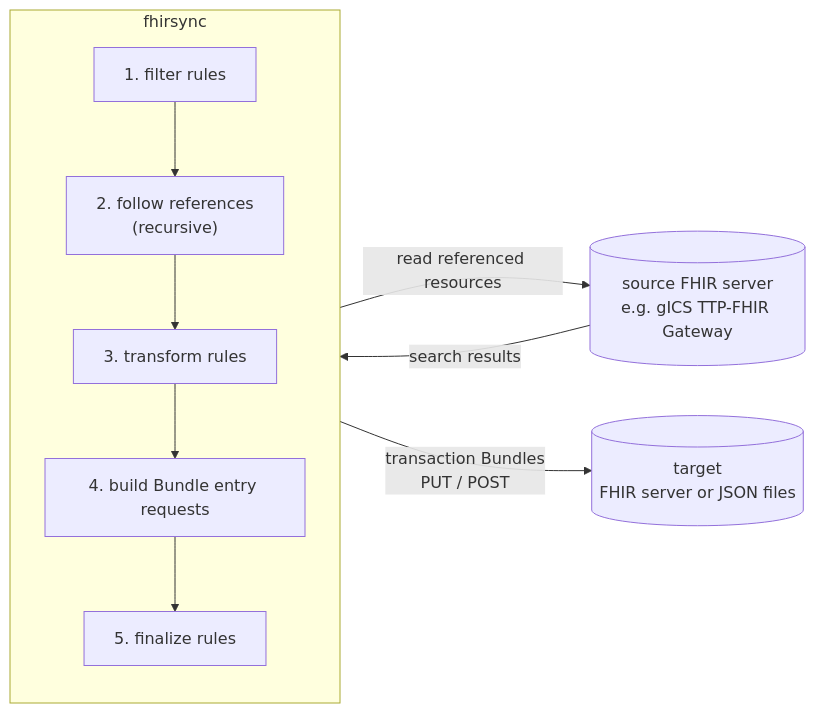
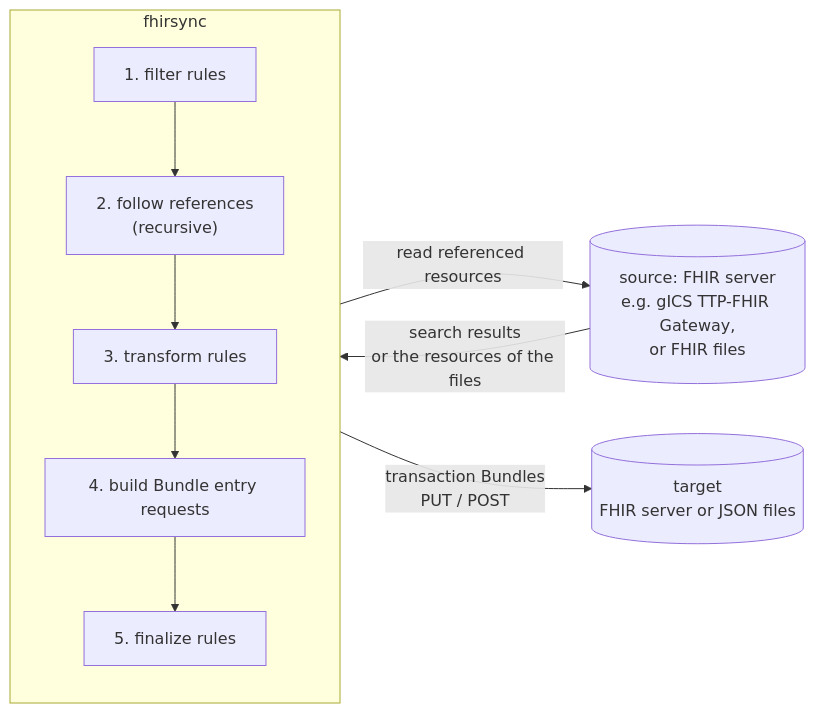
Before and after one commit to haemka/fhirsync: the diagram in README.md, drawn with Mermaid. The commit also changed other lines of this file and 22 other files, not shown here.

````diff
--- a/README.md
+++ b/README.md
@@ -31,16 +32,16 @@
 ```mermaid
 flowchart LR
-    source[("source FHIR server<br/>e.g. gICS TTP-FHIR Gateway")]
+    source[("source: FHIR server<br/>e.g. gICS TTP-FHIR Gateway,<br/>or FHIR files")]
     subgraph fhirsync
         direction TB
         filter["1. filter rules"] --> references["2. follow references<br/>(recursive)"]
         references --> transform["3. transform rules"]
         transform --> request["4. build Bundle entry requests"]
         request --> finalize["5. finalize rules"]
     end
     target[("target<br/>FHIR server or JSON files")]
 
-    source -- "search results" --> filter
+    source -- "search results<br/>or the resources of the files" --> filter
     references -- "read referenced resources" --> source
     finalize -- "transaction Bundles<br/>PUT / POST" --> target
 ```
````
